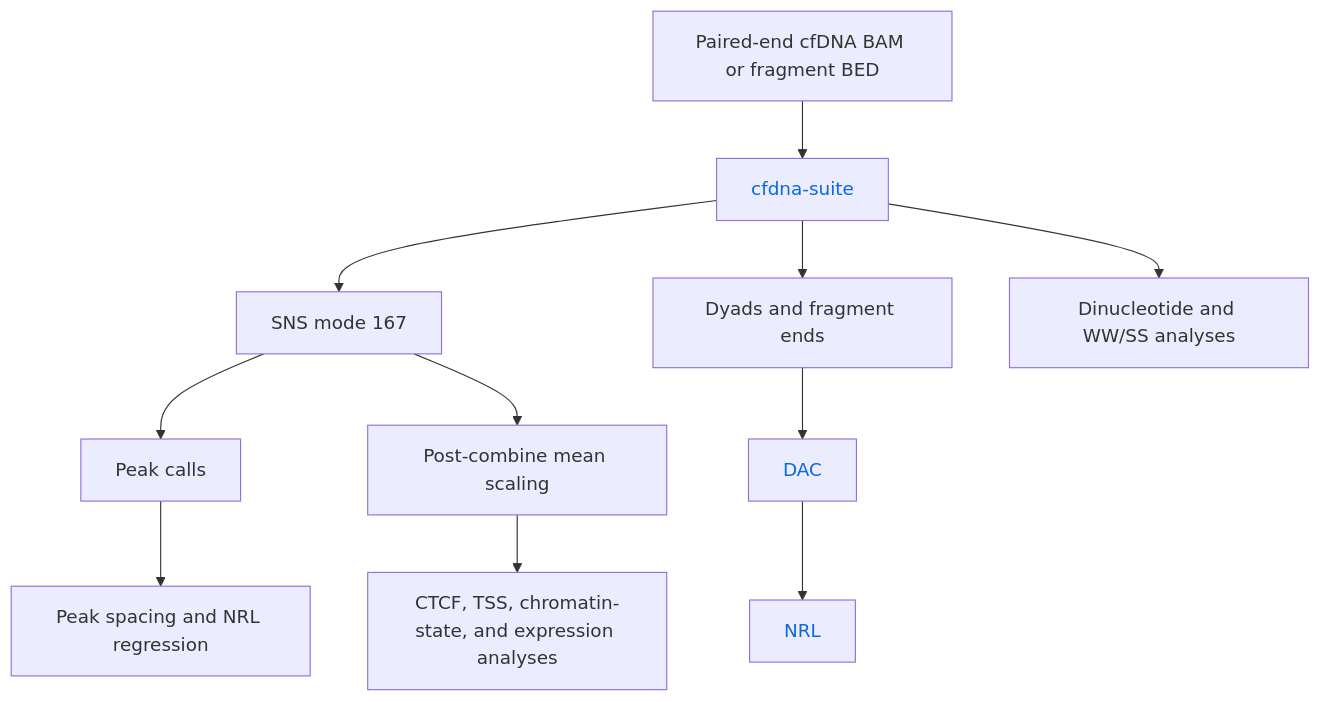
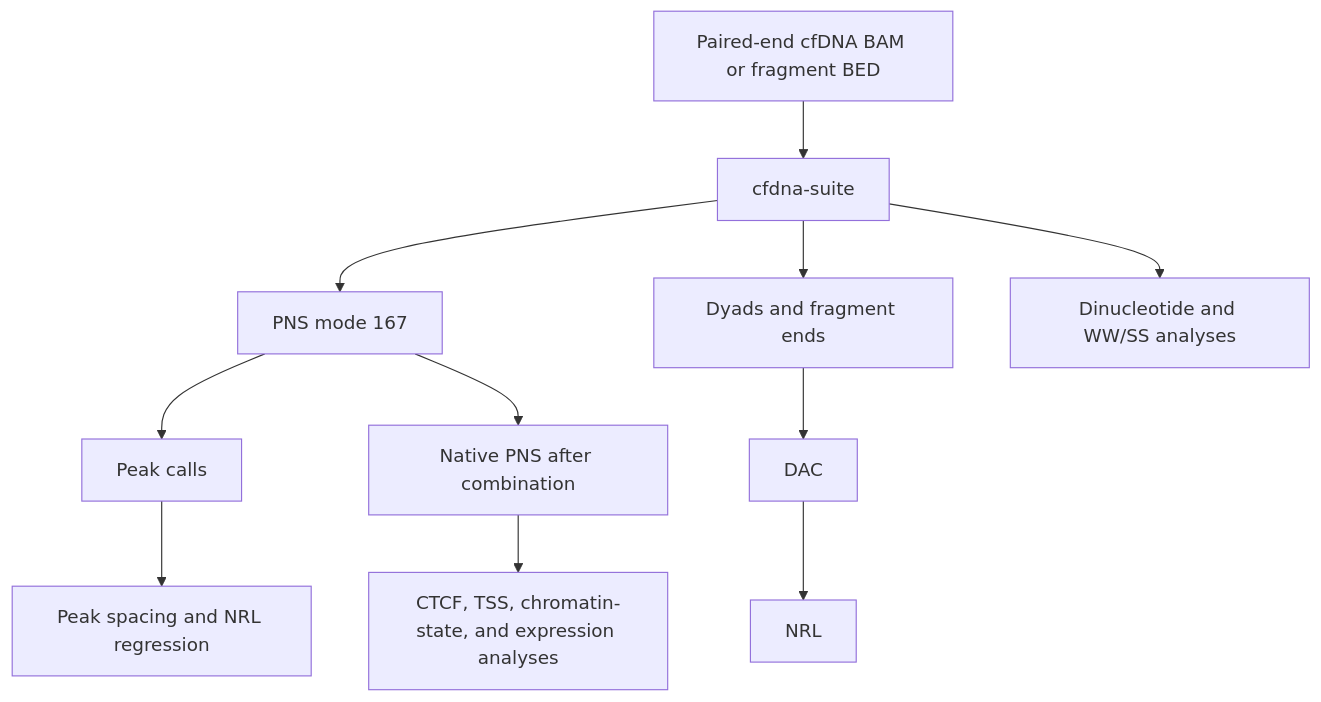
One commit to adjohnston85/NucleoSuite changed the first of 18 diagrams in docs/WORKFLOWS.md. Above: the diagram before and after it, drawn with Mermaid. The commit also changed other lines of this file and 84 other files, not shown here.

````diff
--- a/docs/WORKFLOWS.md
+++ b/docs/WORKFLOWS.md
@@ -7,19 +7,13 @@
 ```mermaid
 flowchart TB
     A[Paired-end cfDNA BAM or fragment BED] --> B[cfdna-suite]
-    B --> C[SNS mode 167]
+    B --> C[PNS mode 167]
     B --> D[Dyads and fragment ends]
     B --> E[Dinucleotide and WW/SS analyses]
     C --> F[Peak calls]
     D --> G[DAC]
     G --> I[NRL]
     F --> H[Peak spacing and NRL regression]
-    C --> S[Post-combine mean scaling]
+    C --> S[Native PNS after combination]
     S --> J[CTCF, TSS, chromatin-state, and expression analyses]
-
-    classDef commandLink color:#0969da,text-decoration:none;
-    class B,G,I commandLink;
-    click B href "https://github.com/adjohnston85/NucleoSuite/blob/main/docs/commands/cfdna-suite.md" "Open cfdna-suite documentation"
-    click G href "https://github.com/adjohnston85/NucleoSuite/blob/main/docs/commands/dac.md" "Open dac documentation"
-    click I href "https://github.com/adjohnston85/NucleoSuite/blob/main/docs/commands/nrl.md" "Open nrl documentation"
 ```
````
